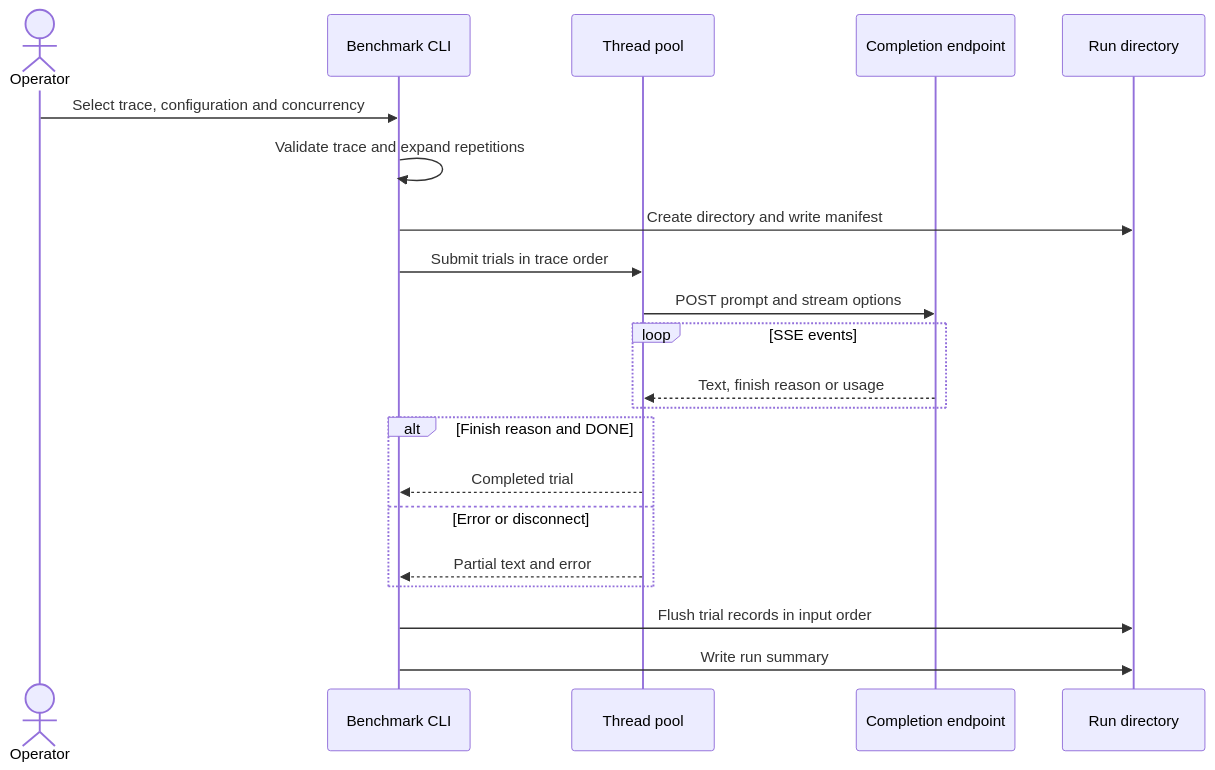
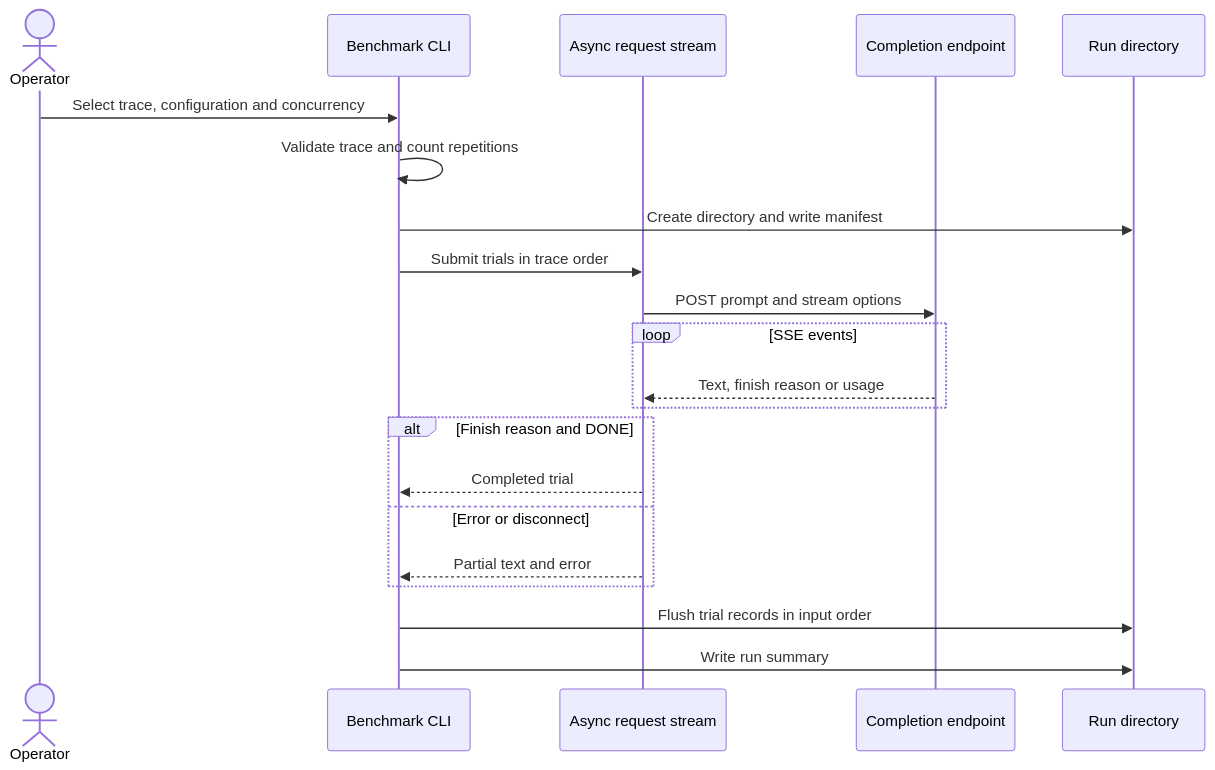
Before and after one commit to asigdel29/inference-engine-teardown: the first of 2 diagrams in docs/system-design.md, drawn with Mermaid. The commit also changed other lines of this file and 19 other files, not shown here.

````diff
--- a/docs/system-design.md
+++ b/docs/system-design.md
@@ -7,23 +7,23 @@
 ```mermaid
 sequenceDiagram
     actor Operator
     participant CLI as Benchmark CLI
-    participant Pool as Thread pool
+    participant Pool as Async request stream
     participant Engine as Completion endpoint
     participant Disk as Run directory
     Operator->>CLI: Select trace, configuration and concurrency
-    CLI->>CLI: Validate trace and expand repetitions
+    CLI->>CLI: Validate trace and count repetitions
     CLI->>Disk: Create directory and write manifest
     CLI->>Pool: Submit trials in trace order
     Pool->>Engine: POST prompt and stream options
     loop SSE events
         Engine-->>Pool: Text, finish reason or usage
     end
     alt Finish reason and DONE
         Pool-->>CLI: Completed trial
     else Error or disconnect
         Pool-->>CLI: Partial text and error
     end
     CLI->>Disk: Flush trial records in input order
     CLI->>Disk: Write run summary
 ```
````
